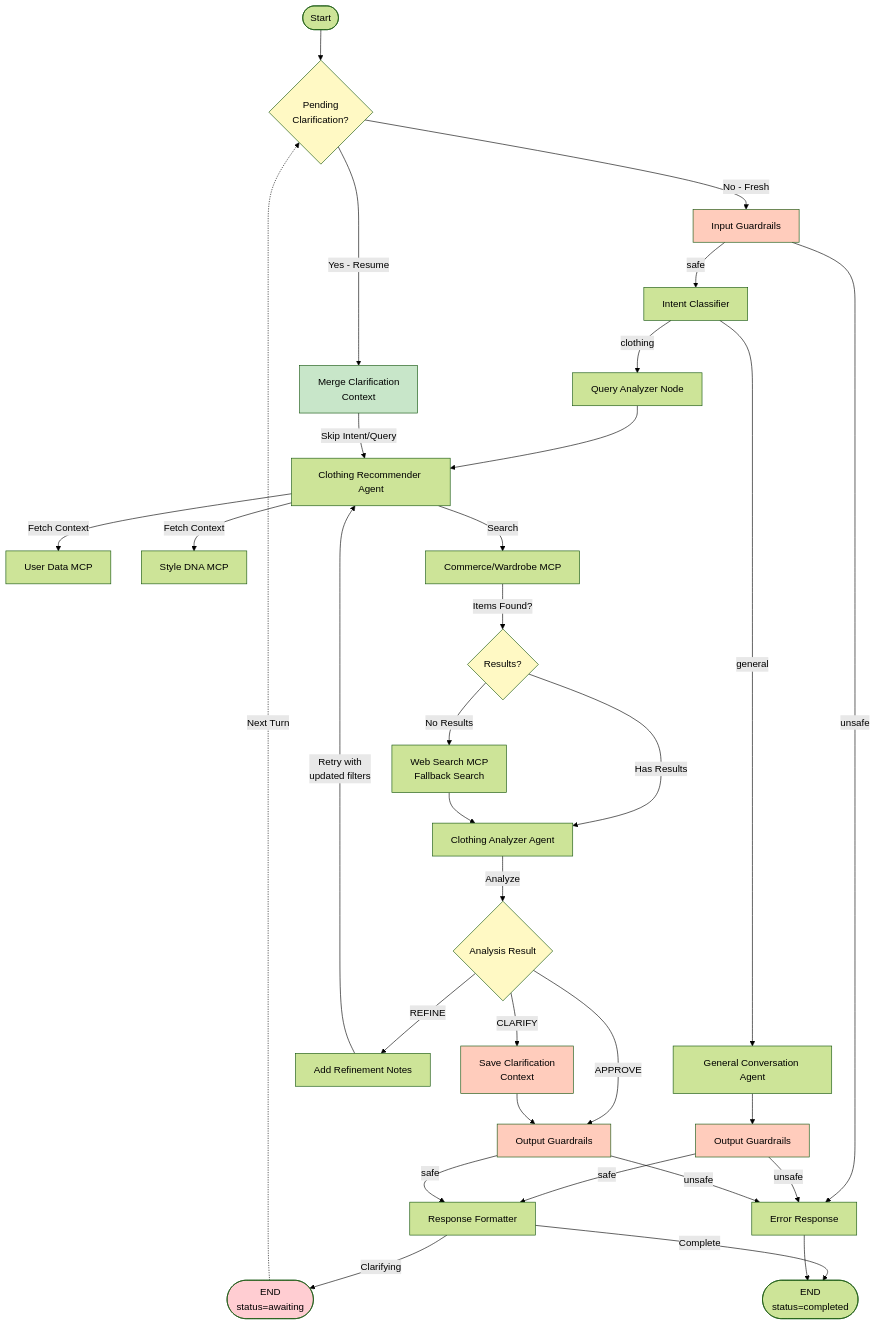
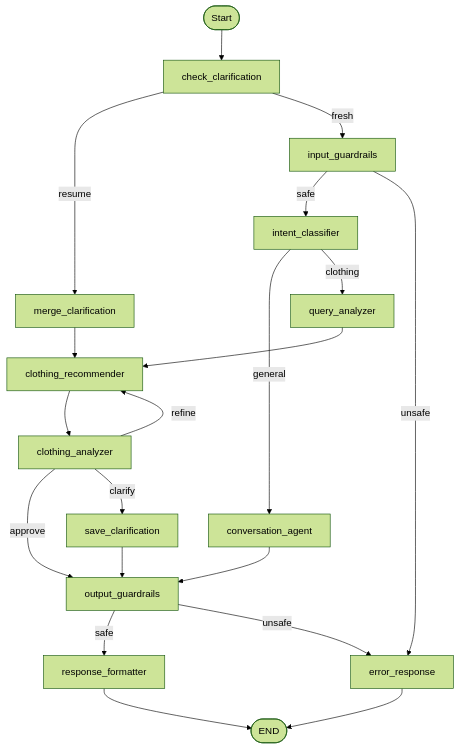
One commit to brscn2/aesthetiq changed the second of 2 diagrams in python_engine/docs/MULTI_AGENT_PLAN.md. Above: the diagram before and after it, drawn with Mermaid (forest theme). The commit also changed other lines of this file and 2 other files, not shown here.

````diff
--- a/python_engine/docs/MULTI_AGENT_PLAN.md
+++ b/python_engine/docs/MULTI_AGENT_PLAN.md
@@ -709,59 +745,32 @@
 ```mermaid
 graph TB
-    Start([Start]) --> CheckClarify{Pending<br/>Clarification?}
+    Start([Start]) --> CheckClarify[check_clarification]
     
-    CheckClarify -->|Yes - Resume| Merge[Merge Clarification<br/>Context]
-    CheckClarify -->|No - Fresh| InputGuard[Input Guardrails]
+    CheckClarify -->|resume| Merge[merge_clarification]
+    CheckClarify -->|fresh| InputGuard[input_guardrails]
     
-    InputGuard -->|safe| IC[Intent Classifier]
-    InputGuard -->|unsafe| Error[Error Response]
+    InputGuard -->|safe| IC[intent_classifier]
+    InputGuard -->|unsafe| Error[error_response]
     
-    IC -->|general| GCA[General Conversation Agent]
-    IC -->|clothing| QA[Query Analyzer Node]
+    IC -->|general| GCA[conversation_agent]
+    IC -->|clothing| QA[query_analyzer]
     
-    GCA --> OutputGuard1[Output Guardrails]
-    OutputGuard1 -->|safe| RF[Response Formatter]
-    OutputGuard1 -->|unsafe| Error
+    GCA --> OutputGuard[output_guardrails]
     
-    QA --> CRA[Clothing Recommender Agent]
-    Merge -->|Skip Intent/Query| CRA
+    QA --> CRA[clothing_recommender]
+    Merge --> CRA
     
-    CRA -->|Fetch Context| UD[User Data MCP]
-    CRA -->|Fetch Context| SD[Style DNA MCP]
-    CRA -->|Search| MCP[Commerce/Wardrobe MCP]
+    CRA --> CAA[clothing_analyzer]
     
-    MCP -->|Items Found?| Check1{Results?}
+    CAA -->|approve| OutputGuard
+    CAA -->|refine| CRA
+    CAA -->|clarify| SaveCtx[save_clarification]
     
-    Check1 -->|No Results| WSS[Web Search MCP<br/>Fallback Search]
-    Check1 -->|Has Results| CAA[Clothing Analyzer Agent]
-    WSS --> CAA
+    SaveCtx --> OutputGuard
     
-    CAA -->|Analyze| Analysis{Analysis Result}
+    OutputGuard -->|safe| RF[response_formatter]
+    OutputGuard -->|unsafe| Error
     
-    Analysis -->|APPROVE| OutputGuard2[Output Guardrails]
-    Analysis -->|REFINE| Notes[Add Refinement Notes]
-    Analysis -->|CLARIFY| SaveCtx[Save Clarification<br/>Context]
-    
-    Notes -->|Retry with<br/>updated filters| CRA
-    
-    SaveCtx --> OutputGuard2
-    
-    OutputGuard2 -->|safe| RF
-    OutputGuard2 -->|unsafe| Error
-    
-    RF -->|Clarifying| WaitEnd([END<br/>status=awaiting])
-    RF -->|Complete| End([END<br/>status=completed])
+    RF --> End([END])
     Error --> End
-    
-    WaitEnd -.->|Next Turn| CheckClarify
-    
-    style InputGuard fill:#ffccbc
-    style OutputGuard1 fill:#ffccbc
-    style OutputGuard2 fill:#ffccbc
-    style CheckClarify fill:#fff9c4
-    style Check1 fill:#fff9c4
-    style Analysis fill:#fff9c4
-    style Merge fill:#c8e6c9
-    style SaveCtx fill:#ffccbc
-    style WaitEnd fill:#ffcdd2
 ```
````
